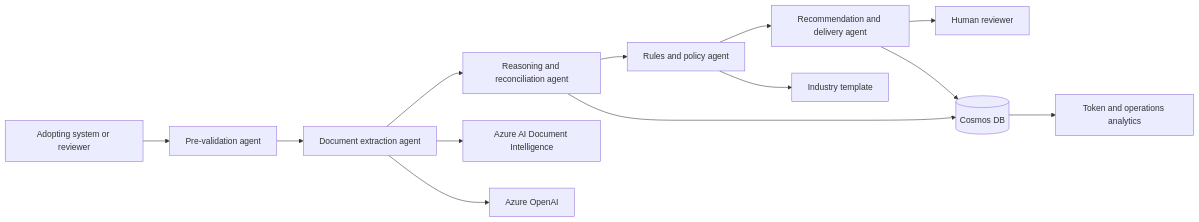
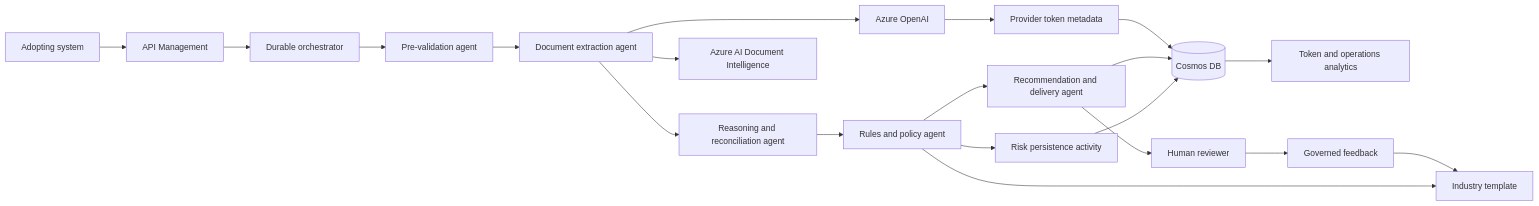
Before and after one commit to microsoft/ai-regulatory-inspection-accelerator: the diagram in README.md, drawn with Mermaid. The commit also changed other lines of this file and 8 other files, not shown here.

````diff
--- a/README.md
+++ b/README.md
@@ -112,15 +135,22 @@
 ```mermaid
 flowchart LR
-    U[Adopting system or reviewer] --> I[Pre-validation agent]
-    I --> E[Document extraction agent]
-    E --> R[Reasoning and reconciliation agent]
-    R --> P[Rules and policy agent]
-    P --> D[Recommendation and delivery agent]
-    D --> H[Human reviewer]
-    E --> DI[Azure AI Document Intelligence]
-    E --> AO[Azure OpenAI]
-    R --> C[(Cosmos DB)]
-    P --> T[Industry template]
-    D --> C
-    C --> O[Token and operations analytics]
+  U[Adopting system] --> A[API Management]
+  A --> O[Durable orchestrator]
+  O --> I[Pre-validation agent]
+  I --> E[Document extraction agent]
+  E --> R[Reasoning and reconciliation agent]
+  R --> P[Rules and policy agent]
+  P --> RP[Risk persistence activity]
+  RP --> C[(Cosmos DB)]
+  P --> D[Recommendation and delivery agent]
+  D --> H[Human reviewer]
+  E --> DI[Azure AI Document Intelligence]
+  E --> AO[Azure OpenAI]
+  P --> T[Industry template]
+  D --> C
+  AO --> TM[Provider token metadata]
+  TM --> C
+  C --> AN[Token and operations analytics]
+  H --> F[Governed feedback]
+  F --> T
 ```
````
